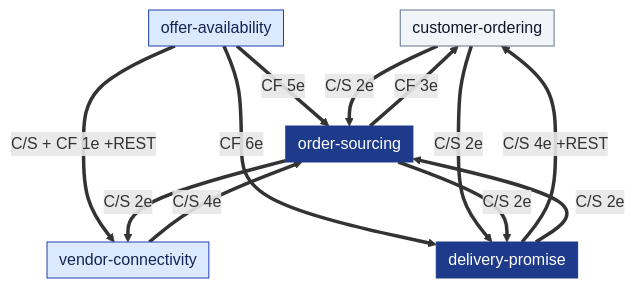
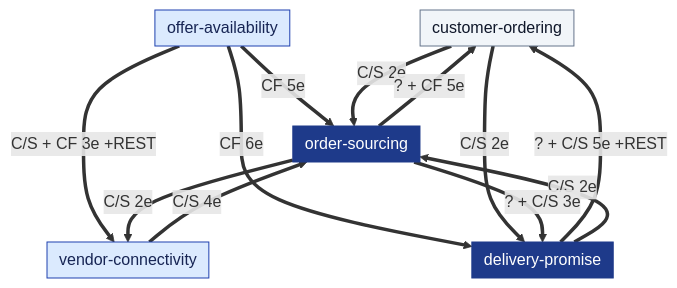
One commit to IQVO/warehouse-docs changed the second of 5 diagrams in network/docs/strategic-design/context-map.md. Above: the diagram before and after it, drawn with Mermaid. The commit also changed other lines of this file and 125 other files, not shown here.

````diff
--- a/network/docs/strategic-design/context-map.md
+++ b/network/docs/strategic-design/context-map.md
@@ -62,24 +62,24 @@
 ```mermaid
 %%{init: {"flowchart": {"nodeSpacing": 22, "rankSpacing": 56, "padding": 6}}}%%
 flowchart TB
     classDef core fill:#1e3a8a,stroke:#1e3a8a,color:#fff
     classDef sup fill:#dbeafe,stroke:#1e40af,color:#172554
     classDef gen fill:#f1f5f9,stroke:#64748b,color:#0f172a
     classDef ext fill:#ffe3e3,stroke:#c92a2a,color:#000
     CO["customer-ordering"]:::gen
     DP["delivery-promise"]:::core
     OS["order-sourcing"]:::core
     OA["offer-availability"]:::sup
     VC["vendor-connectivity"]:::sup
     OA ==>|"CF 6e"| DP
     OA ==>|"CF 5e"| OS
-    OA ==>|"C/S + CF 1e +REST"| VC
-    DP ==>|"C/S 4e +REST"| CO
+    OA ==>|"C/S + CF 3e +REST"| VC
+    DP ==>|"? + C/S 5e +REST"| CO
     DP ==>|"C/S 2e"| OS
     CO ==>|"C/S 2e"| OS
     CO ==>|"C/S 2e"| DP
     OS ==>|"C/S 2e"| VC
-    OS ==>|"C/S 2e"| DP
-    OS ==>|"CF 3e"| CO
+    OS ==>|"? + C/S 3e"| DP
+    OS ==>|"? + CF 5e"| CO
     VC ==>|"C/S 4e"| OS
 ```
````
